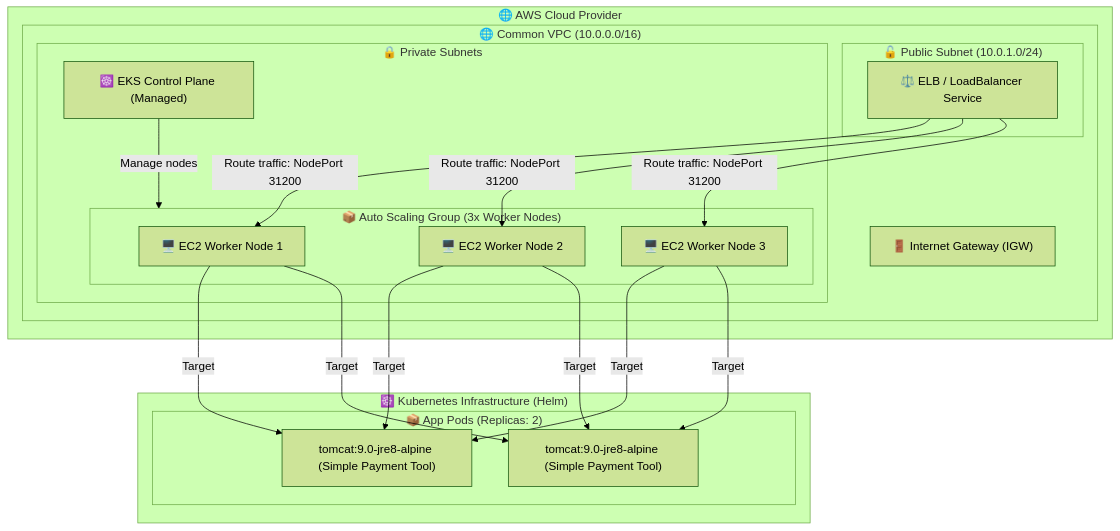
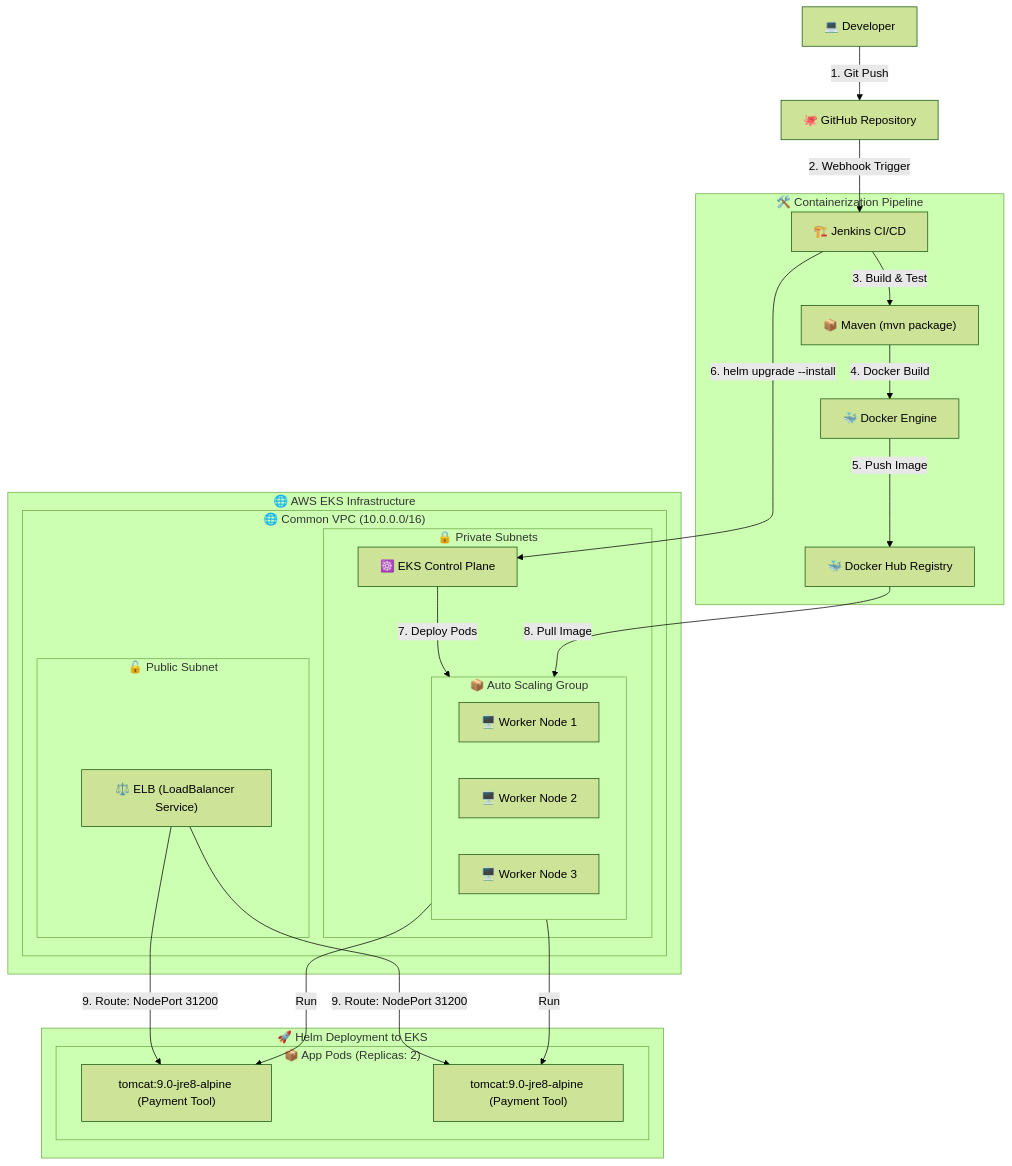
One commit to Andreichenko/cdp_project changed the second of 2 diagrams in README.md. Above: the diagram before and after it, drawn with Mermaid (forest theme). The commit also changed other lines of this file, not shown here.

Commit message:
Docs: Refactor README into two distinct pipelines (Classic and Kubernetes)

````diff
--- a/README.md
+++ b/README.md
@@ -47,35 +47,41 @@
 ```mermaid
 graph TD
-    subgraph AWS_Cloud ["🌐 AWS Cloud Provider"]
-        subgraph VPC ["🌐 Common VPC (10.0.0.0/16)"]
-            IGW["🚪 Internet Gateway (IGW)"]
-            
-            subgraph Public_Subnet ["🔓 Public Subnet (10.0.1.0/24)"]
-                ALB["⚖️ ELB / LoadBalancer Service"]
+    Developer["💻 Developer"] -->|1. Git Push| GitHub["🐙 GitHub Repository"]
+    GitHub -->|2. Webhook Trigger| Jenkins["🏗️ Jenkins CI/CD"]
+    
+    subgraph K8s_Build_Stage ["🛠️ Containerization Pipeline"]
+        Jenkins -->|3. Build & Test| Maven["📦 Maven (mvn package)"]
+        Maven -->|4. Docker Build| Docker["🐳 Docker Engine"]
+        Docker -->|5. Push Image| Registry["🐳 Docker Hub Registry"]
+    end
+
+    subgraph AWS_EKS_Infra ["🌐 AWS EKS Infrastructure"]
+        subgraph VPC_K8s ["🌐 Common VPC (10.0.0.0/16)"]
+            subgraph Public_Subnet ["🔓 Public Subnet"]
+                ALB["⚖️ ELB (LoadBalancer Service)"]
             end
-            
             subgraph Private_Subnets ["🔒 Private Subnets"]
-                EKS_Control["☸️ EKS Control Plane (Managed)"]
-                
-                subgraph ASG ["📦 Auto Scaling Group (3x Worker Nodes)"]
-                    Node1["🖥️ EC2 Worker Node 1"]
-                    Node2["🖥️ EC2 Worker Node 2"]
-                    Node3["🖥️ EC2 Worker Node 3"]
+                EKS_Control["☸️ EKS Control Plane"]
+                subgraph ASG ["📦 Auto Scaling Group"]
+                    Node1["🖥️ Worker Node 1"]
+                    Node2["🖥️ Worker Node 2"]
+                    Node3["🖥️ Worker Node 3"]
                 end
             end
         end
     end
-    
-    subgraph K8s_Resources ["☸️ Kubernetes Infrastructure (Helm)"]
-        ALB -->|"Route traffic: NodePort 31200"| Node1 & Node2 & Node3
+
+    subgraph K8s_Deploy ["🚀 Helm Deployment to EKS"]
+        Jenkins -->|"6. helm upgrade --install"| EKS_Control
+        EKS_Control -->|"7. Deploy Pods"| ASG
+        Registry -->|"8. Pull Image"| ASG
         
         subgraph Pods ["📦 App Pods (Replicas: 2)"]
-            Pod1["tomcat:9.0-jre8-alpine (Simple Payment Tool)"]
-            Pod2["tomcat:9.0-jre8-alpine (Simple Payment Tool)"]
+            Pod1["tomcat:9.0-jre8-alpine (Payment Tool)"]
+            Pod2["tomcat:9.0-jre8-alpine (Payment Tool)"]
         end
         
-        Node1 & Node2 & Node3 -->|"Target"| Pod1 & Pod2
+        ASG -->|Run| Pod1 & Pod2
+        ALB -->|"9. Route: NodePort 31200"| Pod1 & Pod2
     end
-    
-    EKS_Control -->|"Manage nodes"| ASG
 ```
````
